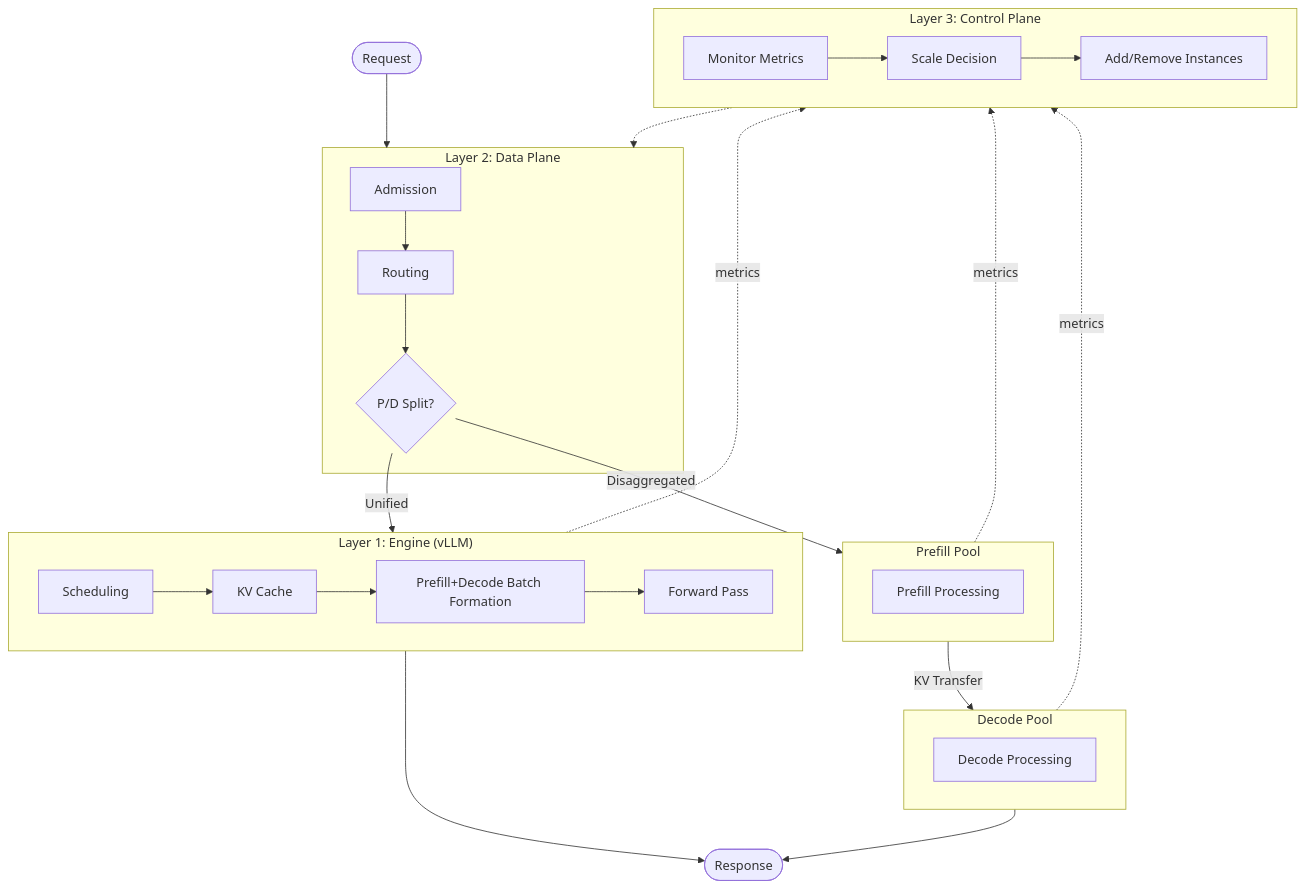
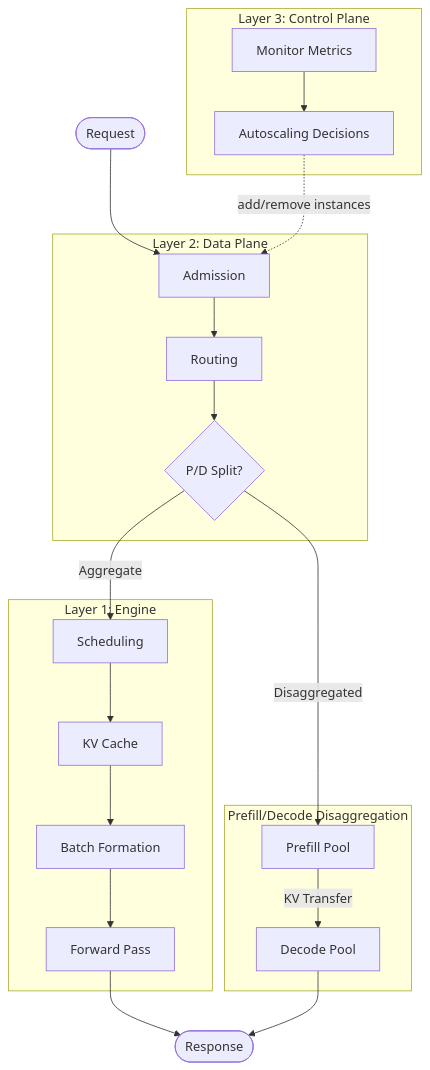
One commit to inference-sim/inference-sim changed the first of 3 diagrams in docs/blog/posts/building-trust-physics-of-simulation.md. Above: the diagram before and after it, drawn with Mermaid. The commit also changed other lines of this file, not shown here.

````diff
--- a/docs/blog/posts/building-trust-physics-of-simulation.md
+++ b/docs/blog/posts/building-trust-physics-of-simulation.md
@@ -47,44 +45,41 @@
 ```mermaid
 flowchart TB
-    subgraph Layer1["Layer 1: Engine (vLLM)"]
-        Sched[Scheduling]
-        KV[KV Cache]
-        Batch[Prefill+Decode Batch Formation]
-        Step[Forward Pass]
-        Sched --> KV --> Batch --> Step
-    end
+    Request([Request])
 
     subgraph Layer2["Layer 2: Data Plane"]
         Admit[Admission]
         Route[Routing]
         PD{P/D Split?}
         Admit --> Route
         Route --> PD
     end
 
-    subgraph PrefillPool["Prefill Pool"]
-        PF[Prefill Processing]
+    subgraph Layer1["Layer 1: Engine"]
+        Sched[Scheduling]
+        KV[KV Cache]
+        Batch[Batch Formation]
+        Step[Forward Pass]
+        Sched --> KV --> Batch --> Step
     end
 
-    subgraph DecodePool["Decode Pool"]
-        Dec[Decode Processing]
+    subgraph Disagg["Prefill/Decode Disaggregation"]
+        PF[Prefill Pool]
+        Dec[Decode Pool]
+        PF -->|KV Transfer| Dec
     end
+
+    Response([Response])
 
     subgraph Layer3["Layer 3: Control Plane"]
         Monitor[Monitor Metrics]
-        Decide[Scale Decision]
-        Actuate[Add/Remove Instances]
-        Monitor --> Decide --> Actuate
+        Scale[Autoscaling Decisions]
+        Monitor --> Scale
     end
 
-    Request([Request]) --> Layer2
-    PD -->|Unified| Layer1
-    PD -->|Disaggregated| PrefillPool
-    PrefillPool -->|KV Transfer| DecodePool
-    Layer1 --> Response([Response])
-    DecodePool --> Response
-    Layer3 -.-> Layer2
-    Layer1 -.->|metrics| Layer3
-    PrefillPool -.->|metrics| Layer3
-    DecodePool -.->|metrics| Layer3
+    Request --> Admit
+    PD -->|Aggregate| Sched
+    PD -->|Disaggregated| PF
+    Step --> Response
+    Dec --> Response
+    Scale -.->|add/remove instances| Admit
 ```
````
